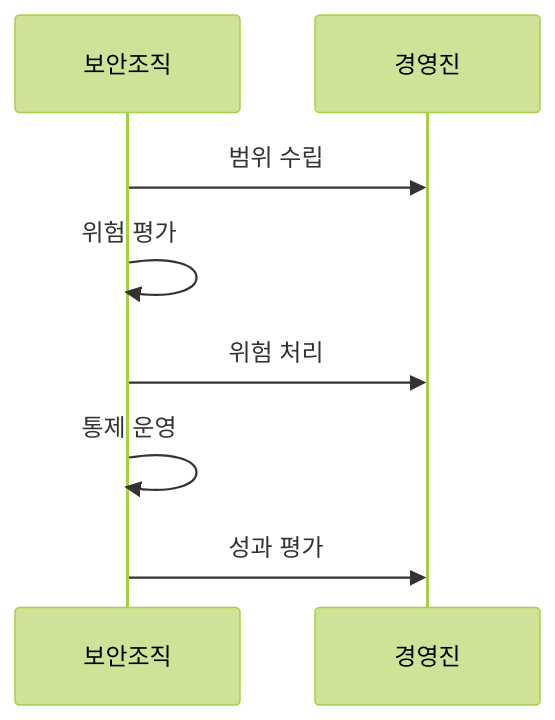
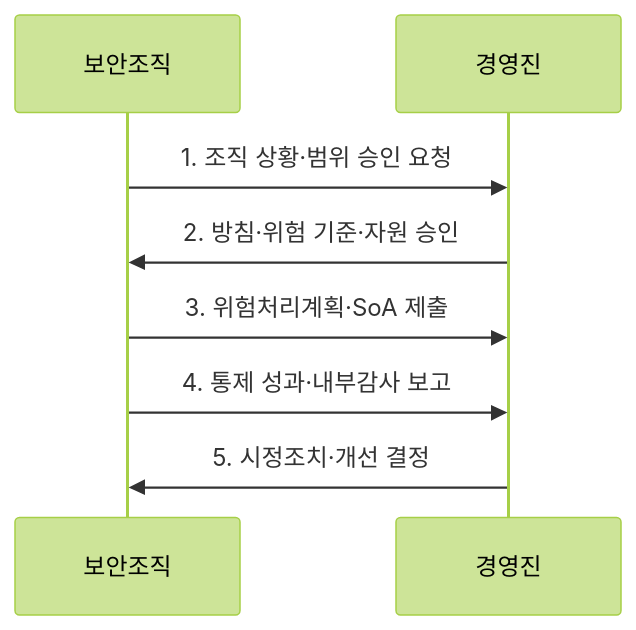
One commit to agnusdei1207/knowledge-base changed the second of 2 diagrams in src/content/docs/notes/07-law-policy/029_iso_27001.md. Above: the diagram before and after it, drawn with Mermaid (forest theme). The commit also changed other lines of this file and 9 other files, not shown here.

````diff
--- a/src/content/docs/notes/07-law-policy/029_iso_27001.md
+++ b/src/content/docs/notes/07-law-policy/029_iso_27001.md
@@ -81,10 +79,10 @@
 ```mermaid
 sequenceDiagram
     participant 보안조직
     participant 경영진
-    보안조직->>경영진: 범위 수립
-    보안조직->>보안조직: 위험 평가
-    보안조직->>경영진: 위험 처리
-    보안조직->>보안조직: 통제 운영
-    보안조직->>경영진: 성과 평가
+    보안조직->>경영진: 1. 조직 상황·범위 승인 요청
+    경영진->>보안조직: 2. 방침·위험 기준·자원 승인
+    보안조직->>경영진: 3. 위험처리계획·SoA 제출
+    보안조직->>경영진: 4. 통제 성과·내부감사 보고
+    경영진->>보안조직: 5. 시정조치·개선 결정
 ```
````
